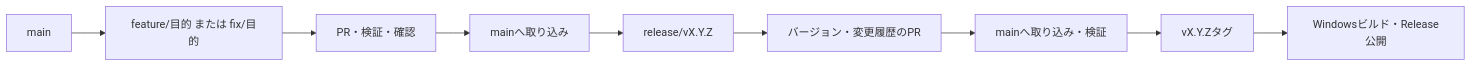
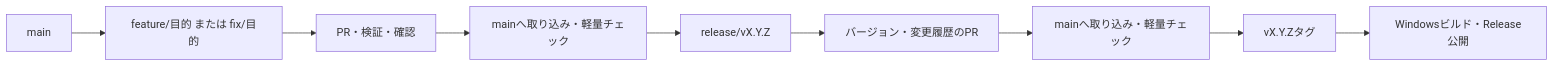
One commit to k-zshiba/Gradia changed the diagram in docs/branching.md. Above: the diagram before and after it, drawn with Mermaid. The commit also changed other lines of this file and 5 other files, not shown here.

````diff
--- a/docs/branching.md
+++ b/docs/branching.md
@@ -22,11 +22,11 @@
 ```mermaid
 flowchart LR
   M[main] --> F["feature/目的 または fix/目的"]
   F --> P[PR・検証・確認]
-  P --> M2[mainへ取り込み]
+  P --> M2[mainへ取り込み・軽量チェック]
   M2 --> R[release/vX.Y.Z]
   R --> RP[バージョン・変更履歴のPR]
-  RP --> M3[mainへ取り込み・検証]
+  RP --> M3[mainへ取り込み・軽量チェック]
   M3 --> T[vX.Y.Zタグ]
   T --> B[Windowsビルド・Release公開]
 ```
````
